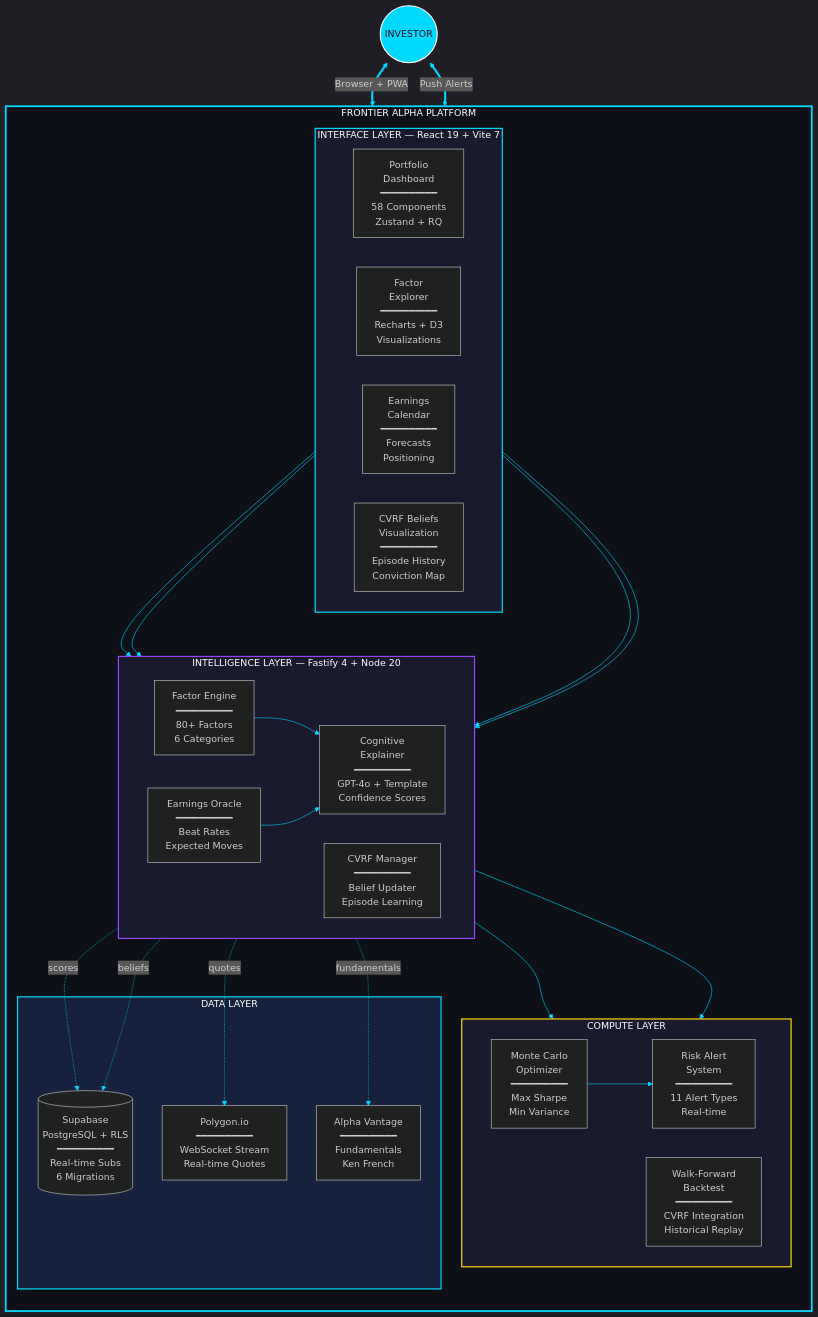
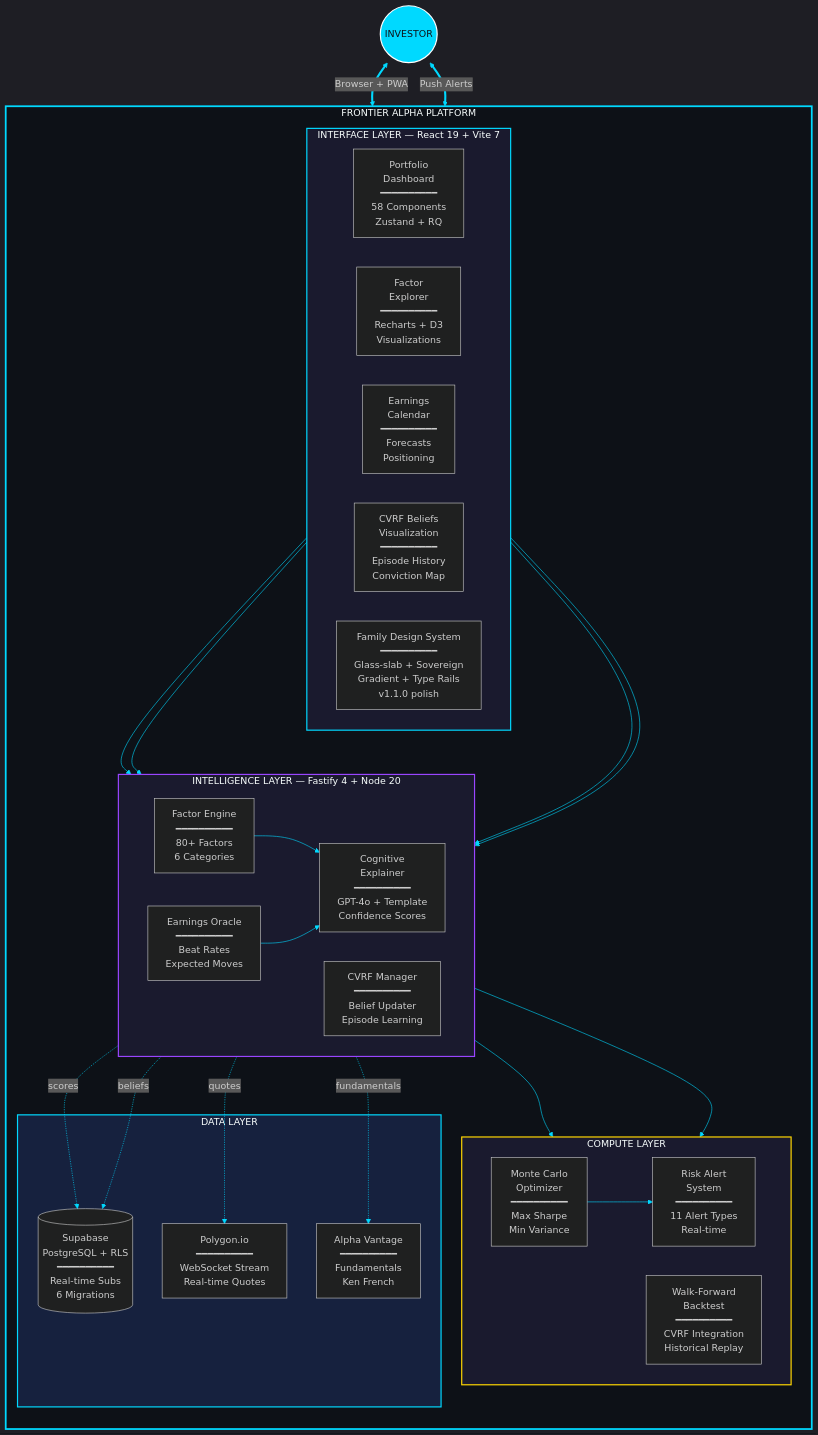
One commit to Dicoangelo/frontier-alpha changed the diagram in README.md. Above: the diagram before and after it, drawn with Mermaid. The commit also changed other lines of this file and 55 other files, not shown here.

First line of the commit message:
feat(ui+docs): round 6 deep components + docs/backlog/architecture sync (v1.1.0) (#5)

````diff
--- a/README.md
+++ b/README.md
@@ -74,61 +74,62 @@
 ```mermaid
 %%{init: {'theme': 'dark', 'themeVariables': { 'primaryColor': '#00d9ff', 'primaryTextColor': '#fff', 'primaryBorderColor': '#00d9ff', 'lineColor': '#00d9ff', 'secondaryColor': '#1a1a2e', 'tertiaryColor': '#0d1117', 'clusterBkg': '#0d1117', 'clusterBorder': '#00d9ff'}}}%%
 flowchart TB
     subgraph PLATFORM["FRONTIER ALPHA PLATFORM"]
         direction TB
 
         subgraph CLIENT["INTERFACE LAYER — React 19 + Vite 7"]
             direction LR
             PORTFOLIO["Portfolio\nDashboard\n━━━━━━━━━━\n58 Components\nZustand + RQ"]
             FACTORS["Factor\nExplorer\n━━━━━━━━━━\nRecharts + D3\nVisualizations"]
             EARNINGS["Earnings\nCalendar\n━━━━━━━━━━\nForecasts\nPositioning"]
             CVRF_UI["CVRF Beliefs\nVisualization\n━━━━━━━━━━\nEpisode History\nConviction Map"]
+            DS_FAMILY["Family Design System\n━━━━━━━━━━\nGlass-slab + Sovereign\nGradient + Type Rails\nv1.1.0 polish"]
         end
 
         subgraph SERVER["INTELLIGENCE LAYER — Fastify 4 + Node 20"]
             direction LR
             FACTOR_ENGINE["Factor Engine\n━━━━━━━━━━\n80+ Factors\n6 Categories"]
             CVRF_CORE["CVRF Manager\n━━━━━━━━━━\nBelief Updater\nEpisode Learning"]
             ORACLE["Earnings Oracle\n━━━━━━━━━━\nBeat Rates\nExpected Moves"]
             EXPLAINER["Cognitive\nExplainer\n━━━━━━━━━━\nGPT-4o + Template\nConfidence Scores"]
         end
 
         subgraph ENGINES["COMPUTE LAYER"]
             direction LR
             OPTIMIZER["Monte Carlo\nOptimizer\n━━━━━━━━━━\nMax Sharpe\nMin Variance"]
             BACKTEST["Walk-Forward\nBacktest\n━━━━━━━━━━\nCVRF Integration\nHistorical Replay"]
             RISK["Risk Alert\nSystem\n━━━━━━━━━━\n11 Alert Types\nReal-time"]
         end
 
         subgraph DATA["DATA LAYER"]
             SUPABASE[("Supabase\nPostgreSQL + RLS\n━━━━━━━━━━\nReal-time Subs\n6 Migrations")]
             POLYGON["Polygon.io\n━━━━━━━━━━\nWebSocket Stream\nReal-time Quotes"]
             ALPHA["Alpha Vantage\n━━━━━━━━━━\nFundamentals\nKen French"]
         end
     end
 
     INVESTOR(("INVESTOR"))
 
     INVESTOR <==>|"Browser + PWA"| PORTFOLIO
     INVESTOR <==>|"Push Alerts"| RISK
     PORTFOLIO --> FACTOR_ENGINE
     FACTORS --> FACTOR_ENGINE
     EARNINGS --> ORACLE
     CVRF_UI --> CVRF_CORE
     FACTOR_ENGINE --> EXPLAINER
     CVRF_CORE --> OPTIMIZER
     CVRF_CORE --> BACKTEST
     ORACLE --> EXPLAINER
     OPTIMIZER --> RISK
     FACTOR_ENGINE -.->|"scores"| SUPABASE
     CVRF_CORE -.->|"beliefs"| SUPABASE
     FACTOR_ENGINE -.->|"quotes"| POLYGON
     ORACLE -.->|"fundamentals"| ALPHA
 
     style PLATFORM fill:#0d1117,stroke:#00d9ff,stroke-width:3px
     style CLIENT fill:#1a1a2e,stroke:#00d9ff,stroke-width:2px
     style SERVER fill:#1a1a2e,stroke:#9945ff,stroke-width:2px
     style ENGINES fill:#1a1a2e,stroke:#ffd700,stroke-width:2px
     style DATA fill:#16213e,stroke:#00d9ff,stroke-width:2px
     style INVESTOR fill:#00d9ff,stroke:#fff,stroke-width:2px,color:#0d1117
 ```
````
